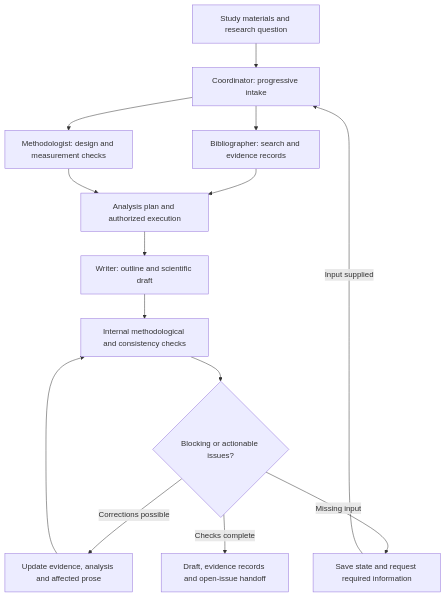
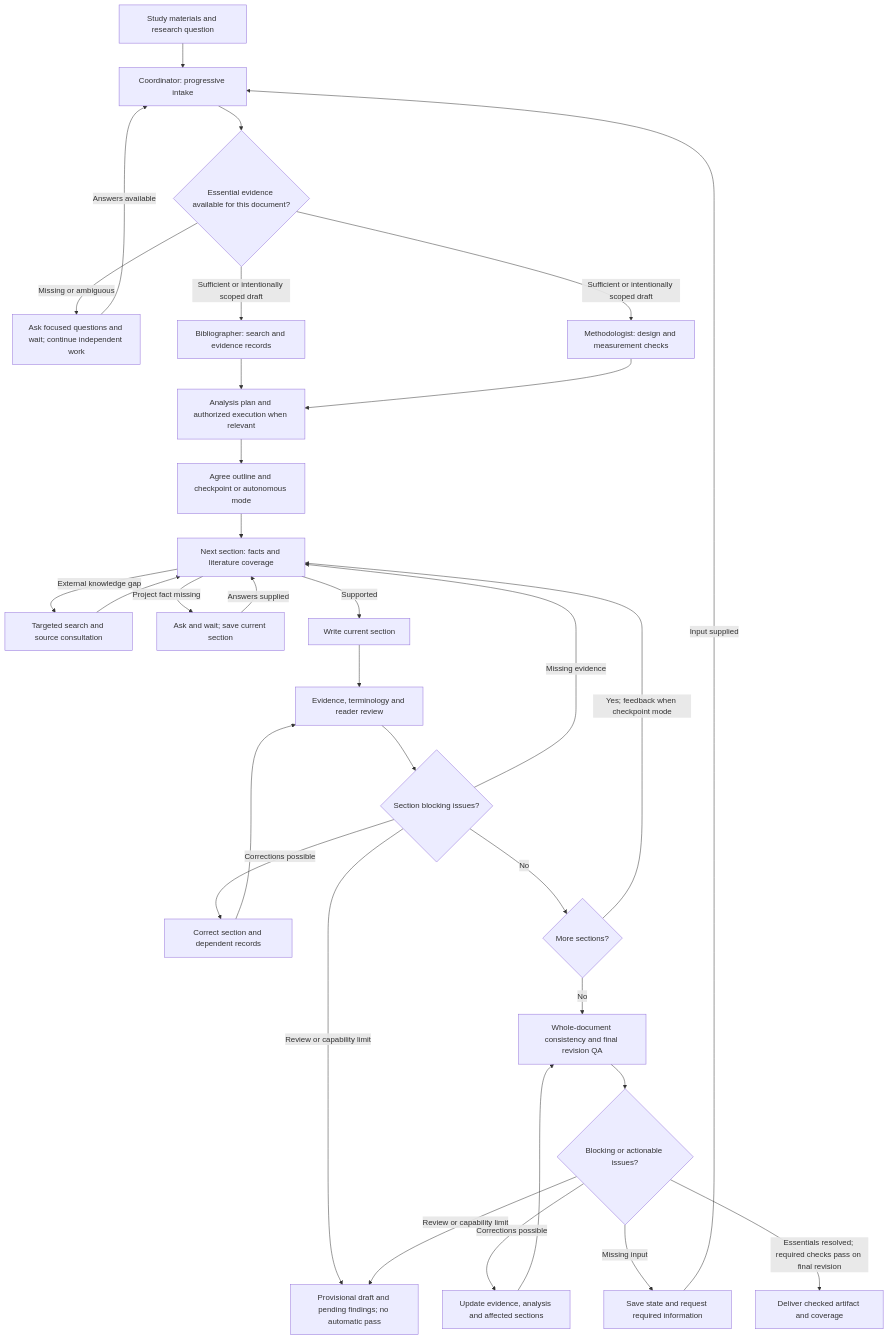
One commit to vage88sg1/agentic-research-workflows changed the first of 9 diagrams in docs/WORKFLOW_GUIDE.md. Above: the diagram before and after it, drawn with Mermaid. The commit also changed other lines of this file and 23 other files, not shown here.

Commit message:
feat: strengthen evidence QA and section-by-section scientific drafting

````diff
--- a/docs/WORKFLOW_GUIDE.md
+++ b/docs/WORKFLOW_GUIDE.md
@@ -125,16 +125,34 @@
 ```mermaid
 flowchart TD
   A[Study materials and research question] --> B[Coordinator: progressive intake]
-  B --> C[Bibliographer: search and evidence records]
-  B --> D[Methodologist: design and measurement checks]
-  C --> E[Analysis plan and authorized execution]
+  B --> S{Essential evidence available for this document?}
+  S -->|Missing or ambiguous| Q[Ask focused questions and wait; continue independent work]
+  Q -->|Answers available| B
+  S -->|Sufficient or intentionally scoped draft| C[Bibliographer: search and evidence records]
+  S -->|Sufficient or intentionally scoped draft| D[Methodologist: design and measurement checks]
+  C --> E[Analysis plan and authorized execution when relevant]
   D --> E
-  E --> F[Writer: outline and scientific draft]
-  F --> G[Internal methodological and consistency checks]
-  G --> H{Blocking or actionable issues?}
-  H -->|Corrections possible| I[Update evidence, analysis and affected prose]
-  I --> G
+  E --> F[Agree outline and checkpoint or autonomous mode]
+  F --> L[Next section: facts and literature coverage]
+  L -->|External knowledge gap| LS[Targeted search and source consultation]
+  LS --> L
+  L -->|Project fact missing| LQ[Ask and wait; save current section]
+  LQ -->|Answers supplied| L
+  L -->|Supported| W[Write current section]
+  W --> G[Evidence, terminology and reader review]
+  G --> T{Section blocking issues?}
+  T -->|Corrections possible| R[Correct section and dependent records]
+  R --> G
+  T -->|Missing evidence| L
+  T -->|Review or capability limit| P[Provisional draft and pending findings; no automatic pass]
+  T -->|No| U{More sections?}
+  U -->|Yes; feedback when checkpoint mode| L
+  U -->|No| V[Whole-document consistency and final revision QA]
+  V --> H{Blocking or actionable issues?}
+  H -->|Corrections possible| I[Update evidence, analysis and affected sections]
+  I --> V
   H -->|Missing input| J[Save state and request required information]
   J -->|Input supplied| B
-  H -->|Checks complete| K[Draft, evidence records and open-issue handoff]
+  H -->|Essentials resolved; required checks pass on final revision| K[Deliver checked artifact and coverage]
+  H -->|Review or capability limit| P
 ```
````
